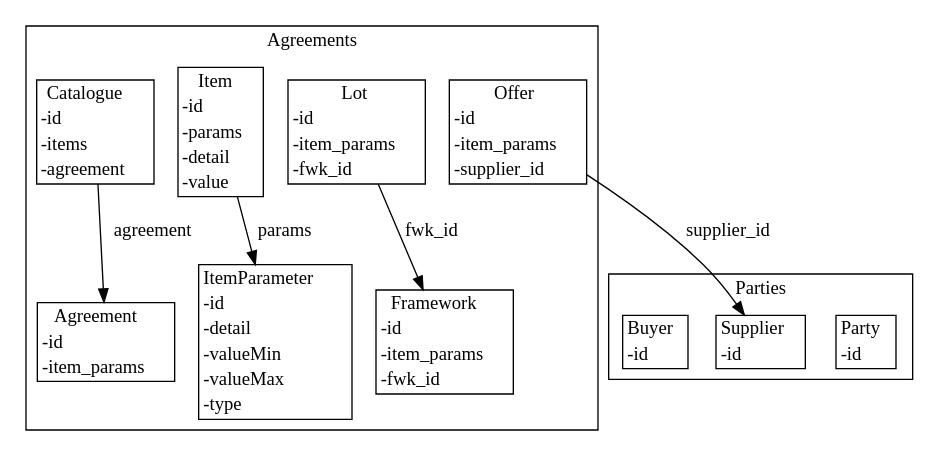
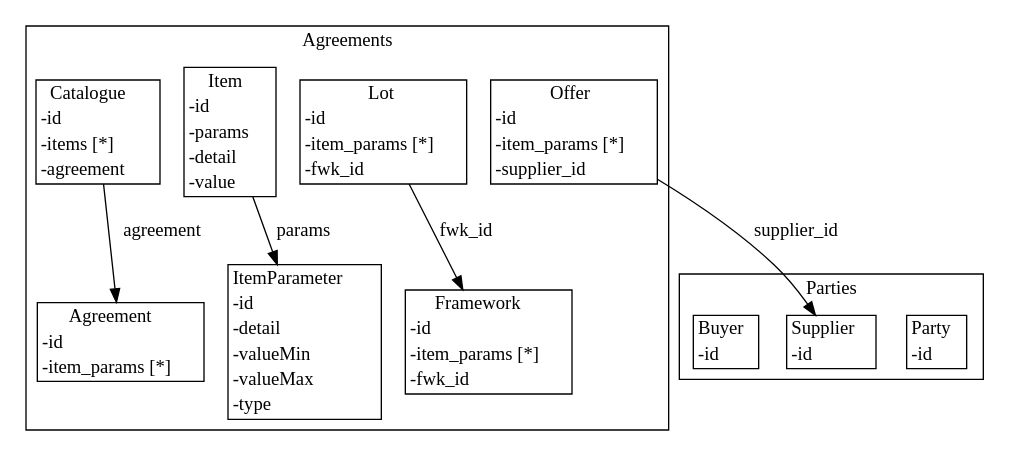
The diagram in agreement-design/diagrams/data_model.dot (Crown-Commercial-Service/cmp-design-prototype), drawn with Graphviz before and after one commit. The commit also changed 3 other files, not shown here.

```diff
--- a/agreement-design/diagrams/data_model.dot
+++ b/agreement-design/diagrams/data_model.dot
@@ -1,24 +1,24 @@
 strict digraph {
 subgraph cluster_Agreements {
 node [shape=plaintext margin=0];
 label=Agreements;
-"ItemParameter" [label=<<table BORDER="1" CELLBORDER="0" CELLSPACING="0"><TH><TD>ItemParameter</TD></TH><TR><TD ALIGN="LEFT">-id</TD></TR><TR><TD ALIGN="LEFT">-detail</TD></TR><TR><TD ALIGN="LEFT">-valueMin</TD></TR><TR><TD ALIGN="LEFT">-valueMax</TD></TR><TR><TD ALIGN="LEFT">-type</TD></TR></table>>];
-"Agreement" [label=<<table BORDER="1" CELLBORDER="0" CELLSPACING="0"><TH><TD>Agreement</TD></TH><TR><TD ALIGN="LEFT">-id</TD></TR><TR><TD ALIGN="LEFT">-item_params</TD></TR></table>>];
-"Framework" [label=<<table BORDER="1" CELLBORDER="0" CELLSPACING="0"><TH><TD>Framework</TD></TH><TR><TD ALIGN="LEFT">-id</TD></TR><TR><TD ALIGN="LEFT">-item_params</TD></TR><TR><TD ALIGN="LEFT">-fwk_id</TD></TR></table>>];
-"Lot" [label=<<table BORDER="1" CELLBORDER="0" CELLSPACING="0"><TH><TD>Lot</TD></TH><TR><TD ALIGN="LEFT">-id</TD></TR><TR><TD ALIGN="LEFT">-item_params</TD></TR><TR><TD ALIGN="LEFT">-fwk_id</TD></TR></table>>];
-"Item" [label=<<table BORDER="1" CELLBORDER="0" CELLSPACING="0"><TH><TD>Item</TD></TH><TR><TD ALIGN="LEFT">-id</TD></TR><TR><TD ALIGN="LEFT">-params</TD></TR><TR><TD ALIGN="LEFT">-detail</TD></TR><TR><TD ALIGN="LEFT">-value</TD></TR></table>>];
-"Catalogue" [label=<<table BORDER="1" CELLBORDER="0" CELLSPACING="0"><TH><TD>Catalogue</TD></TH><TR><TD ALIGN="LEFT">-id</TD></TR><TR><TD ALIGN="LEFT">-items</TD></TR><TR><TD ALIGN="LEFT">-agreement</TD></TR></table>>];
-"Offer" [label=<<table BORDER="1" CELLBORDER="0" CELLSPACING="0"><TH><TD>Offer</TD></TH><TR><TD ALIGN="LEFT">-id</TD></TR><TR><TD ALIGN="LEFT">-item_params</TD></TR><TR><TD ALIGN="LEFT">-supplier_id</TD></TR></table>>];
+"ItemParameter" [label=<<table BORDER="1" CELLBORDER="0" CELLSPACING="0"><TH><TD>ItemParameter</TD></TH><TR><TD ALIGN="LEFT">-id </TD></TR><TR><TD ALIGN="LEFT">-detail </TD></TR><TR><TD ALIGN="LEFT">-valueMin </TD></TR><TR><TD ALIGN="LEFT">-valueMax </TD></TR><TR><TD ALIGN="LEFT">-type </TD></TR></table>>];
+"Agreement" [label=<<table BORDER="1" CELLBORDER="0" CELLSPACING="0"><TH><TD>Agreement</TD></TH><TR><TD ALIGN="LEFT">-id </TD></TR><TR><TD ALIGN="LEFT">-item_params [*]</TD></TR></table>>];
+"Framework" [label=<<table BORDER="1" CELLBORDER="0" CELLSPACING="0"><TH><TD>Framework</TD></TH><TR><TD ALIGN="LEFT">-id </TD></TR><TR><TD ALIGN="LEFT">-item_params [*]</TD></TR><TR><TD ALIGN="LEFT">-fwk_id </TD></TR></table>>];
+"Lot" [label=<<table BORDER="1" CELLBORDER="0" CELLSPACING="0"><TH><TD>Lot</TD></TH><TR><TD ALIGN="LEFT">-id </TD></TR><TR><TD ALIGN="LEFT">-item_params [*]</TD></TR><TR><TD ALIGN="LEFT">-fwk_id </TD></TR></table>>];
+"Item" [label=<<table BORDER="1" CELLBORDER="0" CELLSPACING="0"><TH><TD>Item</TD></TH><TR><TD ALIGN="LEFT">-id </TD></TR><TR><TD ALIGN="LEFT">-params </TD></TR><TR><TD ALIGN="LEFT">-detail </TD></TR><TR><TD ALIGN="LEFT">-value </TD></TR></table>>];
+"Catalogue" [label=<<table BORDER="1" CELLBORDER="0" CELLSPACING="0"><TH><TD>Catalogue</TD></TH><TR><TD ALIGN="LEFT">-id </TD></TR><TR><TD ALIGN="LEFT">-items [*]</TD></TR><TR><TD ALIGN="LEFT">-agreement </TD></TR></table>>];
+"Offer" [label=<<table BORDER="1" CELLBORDER="0" CELLSPACING="0"><TH><TD>Offer</TD></TH><TR><TD ALIGN="LEFT">-id </TD></TR><TR><TD ALIGN="LEFT">-item_params [*]</TD></TR><TR><TD ALIGN="LEFT">-supplier_id </TD></TR></table>>];
 }
 subgraph cluster_Parties {
 node [shape=plaintext margin=0];
 label=Parties;
-"Party" [label=<<table BORDER="1" CELLBORDER="0" CELLSPACING="0"><TH><TD>Party</TD></TH><TR><TD ALIGN="LEFT">-id</TD></TR></table>>];
-"Supplier" [label=<<table BORDER="1" CELLBORDER="0" CELLSPACING="0"><TH><TD>Supplier</TD></TH><TR><TD ALIGN="LEFT">-id</TD></TR></table>>];
-"Buyer" [label=<<table BORDER="1" CELLBORDER="0" CELLSPACING="0"><TH><TD>Buyer</TD></TH><TR><TD ALIGN="LEFT">-id</TD></TR></table>>];
+"Party" [label=<<table BORDER="1" CELLBORDER="0" CELLSPACING="0"><TH><TD>Party</TD></TH><TR><TD ALIGN="LEFT">-id </TD></TR></table>>];
+"Supplier" [label=<<table BORDER="1" CELLBORDER="0" CELLSPACING="0"><TH><TD>Supplier</TD></TH><TR><TD ALIGN="LEFT">-id </TD></TR></table>>];
+"Buyer" [label=<<table BORDER="1" CELLBORDER="0" CELLSPACING="0"><TH><TD>Buyer</TD></TH><TR><TD ALIGN="LEFT">-id </TD></TR></table>>];
 }
 "Lot" -> "Framework" [label=fwk_id];
 "Item" -> "ItemParameter" [label=params];
 "Catalogue" -> "Agreement" [label=agreement];
 "Offer" -> "Supplier" [label=supplier_id];
 }
```
